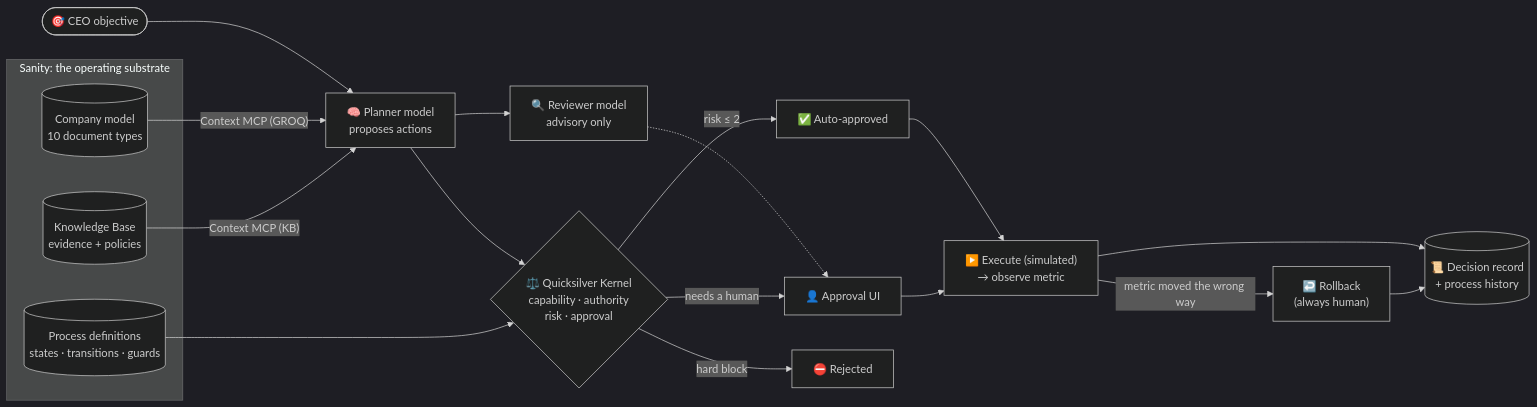
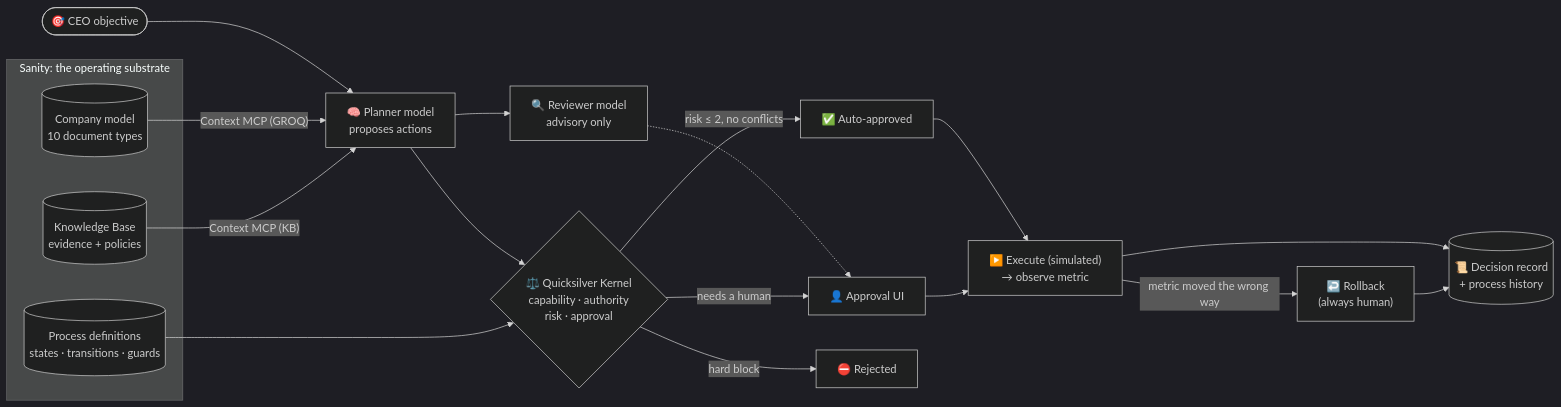
One commit to nuerainc/project-quicksilver changed the first of 2 diagrams in README.md. Above: the diagram before and after it, drawn with Mermaid (dark theme). The commit also changed other lines of this file and 10 other files, not shown here.

````diff
--- a/README.md
+++ b/README.md
@@ -42,30 +42,30 @@
 ```mermaid
 flowchart LR
     CEO(["🎯 CEO objective"]) --> Agent
 
     subgraph Sanity["Sanity: the operating substrate"]
         Model[("Company model<br/>10 document types")]
         KB[("Knowledge Base<br/>evidence + policies")]
         Proc[("Process definitions<br/>states · transitions · guards")]
     end
 
     Model -- "Context MCP (GROQ)" --> Agent
     KB -- "Context MCP (KB)" --> Agent
 
     Agent["🧠 Planner model<br/>proposes actions"] --> Kernel
     Agent --> Reviewer["🔍 Reviewer model<br/>advisory only"]
     Reviewer -.-> UI
 
     Kernel{"⚖️ Quicksilver Kernel<br/>capability · authority<br/>risk · approval"}
     Proc --> Kernel
 
-    Kernel -- "risk ≤ 2" --> Auto["✅ Auto-approved"]
+    Kernel -- "risk ≤ 2, no conflicts" --> Auto["✅ Auto-approved"]
     Kernel -- "needs a human" --> UI["👤 Approval UI"]
     Kernel -- "hard block" --> Rej["⛔ Rejected"]
 
     Auto --> Exec["▶️ Execute (simulated)<br/>→ observe metric"]
     UI --> Exec
     Exec -- "metric moved the wrong way" --> RB["↩️ Rollback<br/>(always human)"]
     Exec --> Log[("📜 Decision record<br/>+ process history")]
     RB --> Log
 ```
````
